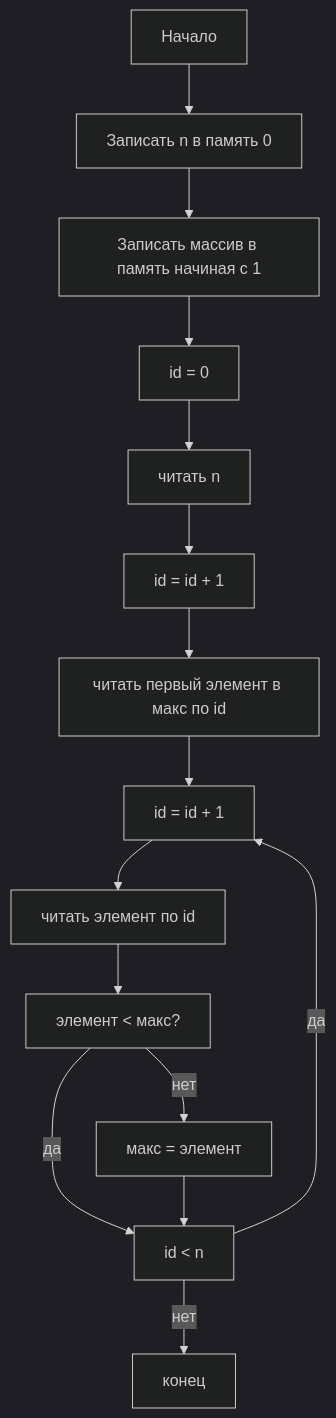
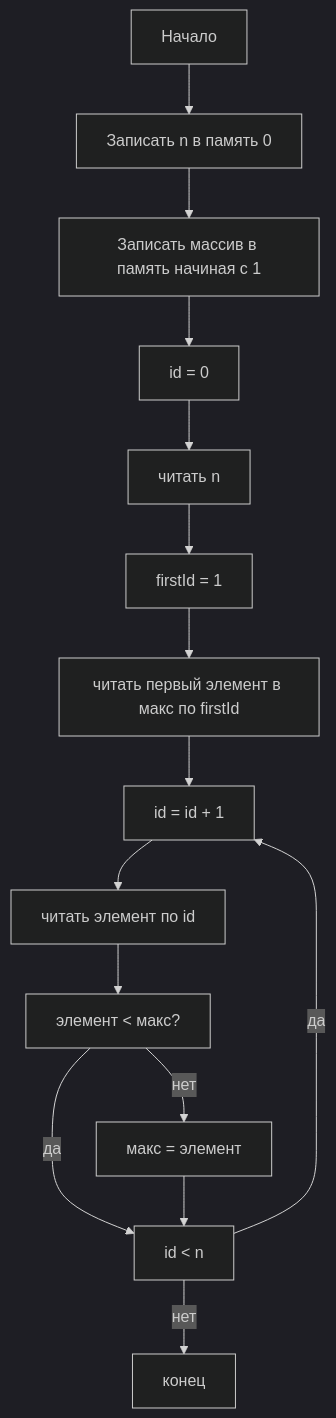
The diagram in README.md (Dyaika/three-address-cpu), drawn with Mermaid (dark theme) before and after one commit. The commit also changed other lines of this file, not shown here.

Commit message:
docs: first task scheme

````diff
--- a/README.md
+++ b/README.md
@@ -18,17 +14,17 @@
 ```mermaid
 flowchart TD
 A[Начало] --> B[Записать n в память 0]
 B --> C[Записать массив в память начиная с 1]
 C --> D[id = 0]
 D --> E[читать n]
-E --> F[id = id + 1]
-F --> G[читать первый элемент в макс по id]
+E --> F[firstId = 1]
+F --> G[читать первый элемент в макс по firstId]
 G --> H[id = id + 1]
 H --> I[читать элемент по id]
 I --> J[элемент < макс?]
 J -- да --> K[id < n]
 J -- нет --> L[макс = элемент]
 L --> K
 K -- да --> H
 K -- нет --> M[конец]
 ```
````
